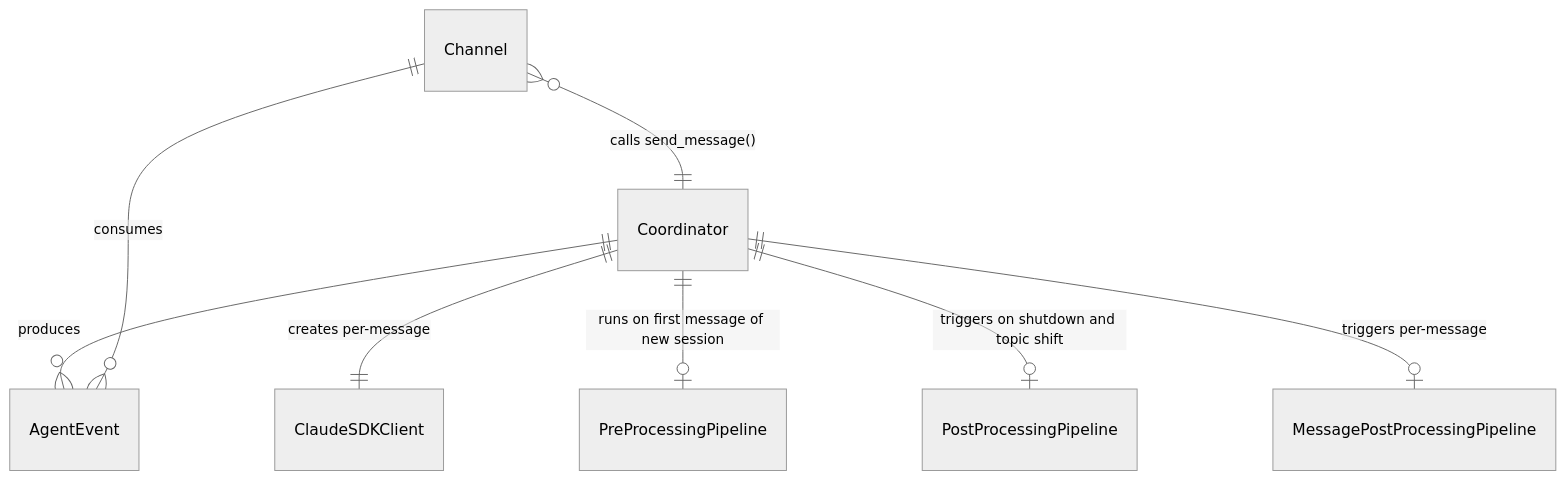
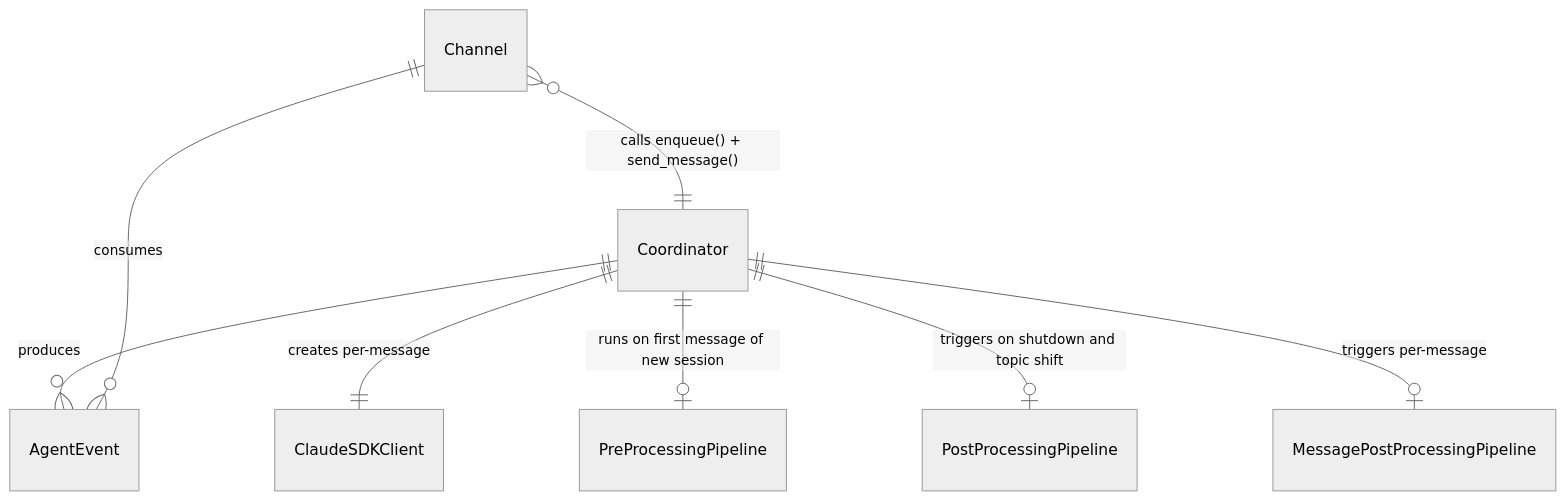
Before and after one commit to asermax/tachikoma: the second of 2 diagrams in docs/feature-designs/agent/core-architecture.md, drawn with Mermaid (neutral theme). The commit also changed other lines of this file and 4 other files, not shown here.

First line of the commit message:
docs(coordinator): update feature docs for message buffer mechanism

````diff
--- a/docs/feature-designs/agent/core-architecture.md
+++ b/docs/feature-designs/agent/core-architecture.md
@@ -169,10 +170,10 @@
 ```mermaid
 erDiagram
     Coordinator ||--|| ClaudeSDKClient : "creates per-message"
     Coordinator ||--o{ AgentEvent : produces
     Coordinator ||--o| PreProcessingPipeline : "runs on first message of new session"
     Coordinator ||--o| PostProcessingPipeline : "triggers on shutdown and topic shift"
     Coordinator ||--o| MessagePostProcessingPipeline : "triggers per-message"
     Channel ||--o{ AgentEvent : consumes
-    Channel }o--|| Coordinator : "calls send_message()"
+    Channel }o--|| Coordinator : "calls enqueue() + send_message()"
 ```
````
